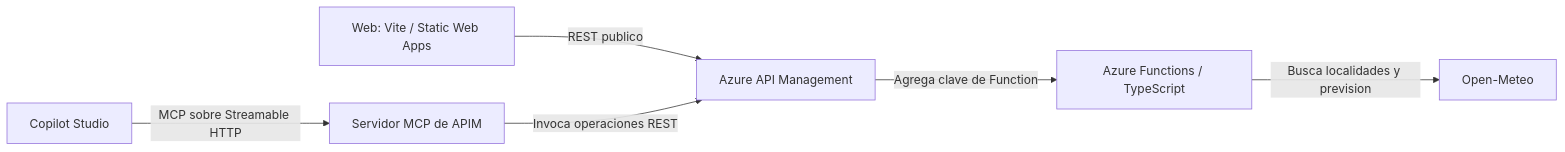
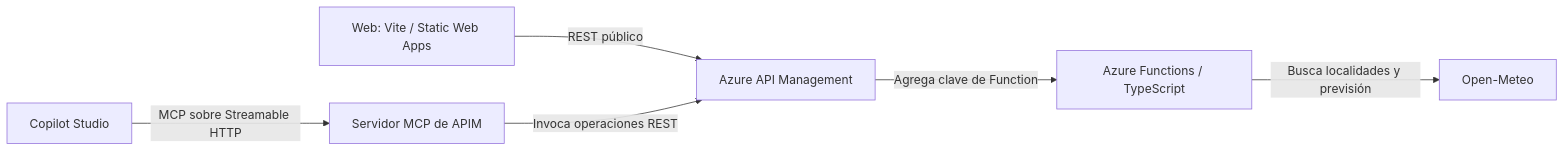
The diagram in docs/guia-completa.md (ricardPlana/SurvivingDynamics_MCPServer), drawn with Mermaid before and after one commit. The commit also changed other lines of this file, not shown here.

````diff
--- a/docs/guia-completa.md
+++ b/docs/guia-completa.md
@@ -11,8 +11,8 @@
 ```mermaid
 flowchart LR
-  Web["Web: Vite / Static Web Apps"] -->|REST publico| Gateway["Azure API Management"]
+  Web["Web: Vite / Static Web Apps"] -->|REST público| Gateway["Azure API Management"]
   Agent["Copilot Studio"] -->|MCP sobre Streamable HTTP| MCP["Servidor MCP de APIM"]
   MCP -->|Invoca operaciones REST| Gateway
   Gateway -->|Agrega clave de Function| API["Azure Functions / TypeScript"]
-  API -->|Busca localidades y prevision| Provider["Open-Meteo"]
+  API -->|Busca localidades y previsión| Provider["Open-Meteo"]
 ```
````
